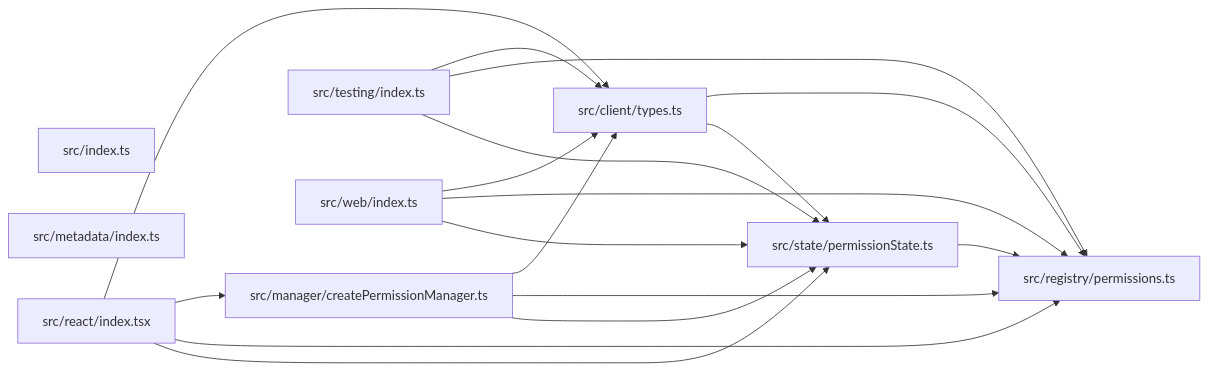
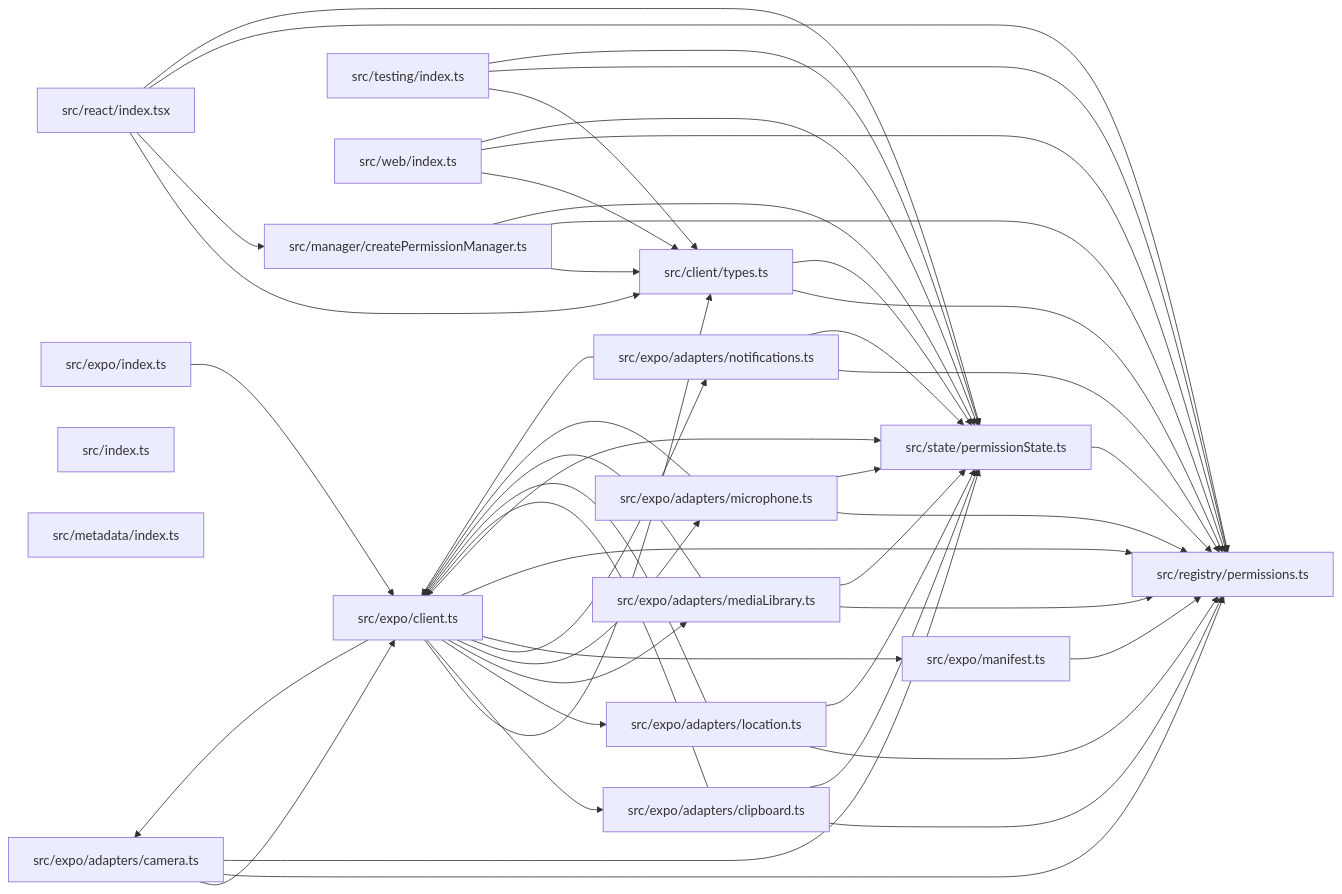
The diagram in paradox/diagrams/module-relationships.mmd (ankhorage/permissions), drawn with Mermaid before and after one commit. The commit also changed 8 other files, not shown here.

```diff
--- a/paradox/diagrams/module-relationships.mmd
+++ b/paradox/diagrams/module-relationships.mmd
@@ -1,26 +1,65 @@
 graph LR
   module_src_client_types_ts["src/client/types.ts"]
+  module_src_expo_adapters_camera_ts["src/expo/adapters/camera.ts"]
+  module_src_expo_adapters_clipboard_ts["src/expo/adapters/clipboard.ts"]
+  module_src_expo_adapters_location_ts["src/expo/adapters/location.ts"]
+  module_src_expo_adapters_mediaLibrary_ts["src/expo/adapters/mediaLibrary.ts"]
+  module_src_expo_adapters_microphone_ts["src/expo/adapters/microphone.ts"]
+  module_src_expo_adapters_notifications_ts["src/expo/adapters/notifications.ts"]
+  module_src_expo_client_ts["src/expo/client.ts"]
+  module_src_expo_index_ts["src/expo/index.ts"]
+  module_src_expo_manifest_ts["src/expo/manifest.ts"]
   module_src_index_ts["src/index.ts"]
   module_src_manager_createPermissionManager_ts["src/manager/createPermissionManager.ts"]
   module_src_metadata_index_ts["src/metadata/index.ts"]
   module_src_react_index_tsx["src/react/index.tsx"]
   module_src_registry_permissions_ts["src/registry/permissions.ts"]
   module_src_state_permissionState_ts["src/state/permissionState.ts"]
   module_src_testing_index_ts["src/testing/index.ts"]
   module_src_web_index_ts["src/web/index.ts"]
   module_src_client_types_ts --> module_src_registry_permissions_ts
   module_src_client_types_ts --> module_src_state_permissionState_ts
+  module_src_expo_adapters_camera_ts --> module_src_expo_client_ts
+  module_src_expo_adapters_camera_ts --> module_src_registry_permissions_ts
+  module_src_expo_adapters_camera_ts --> module_src_state_permissionState_ts
+  module_src_expo_adapters_clipboard_ts --> module_src_expo_client_ts
+  module_src_expo_adapters_clipboard_ts --> module_src_registry_permissions_ts
+  module_src_expo_adapters_clipboard_ts --> module_src_state_permissionState_ts
+  module_src_expo_adapters_location_ts --> module_src_expo_client_ts
+  module_src_expo_adapters_location_ts --> module_src_registry_permissions_ts
+  module_src_expo_adapters_location_ts --> module_src_state_permissionState_ts
+  module_src_expo_adapters_mediaLibrary_ts --> module_src_expo_client_ts
+  module_src_expo_adapters_mediaLibrary_ts --> module_src_registry_permissions_ts
+  module_src_expo_adapters_mediaLibrary_ts --> module_src_state_permissionState_ts
+  module_src_expo_adapters_microphone_ts --> module_src_expo_client_ts
+  module_src_expo_adapters_microphone_ts --> module_src_registry_permissions_ts
+  module_src_expo_adapters_microphone_ts --> module_src_state_permissionState_ts
+  module_src_expo_adapters_notifications_ts --> module_src_expo_client_ts
+  module_src_expo_adapters_notifications_ts --> module_src_registry_permissions_ts
+  module_src_expo_adapters_notifications_ts --> module_src_state_permissionState_ts
+  module_src_expo_client_ts --> module_src_client_types_ts
+  module_src_expo_client_ts --> module_src_expo_adapters_camera_ts
+  module_src_expo_client_ts --> module_src_expo_adapters_clipboard_ts
+  module_src_expo_client_ts --> module_src_expo_adapters_location_ts
+  module_src_expo_client_ts --> module_src_expo_adapters_mediaLibrary_ts
+  module_src_expo_client_ts --> module_src_expo_adapters_microphone_ts
+  module_src_expo_client_ts --> module_src_expo_adapters_notifications_ts
+  module_src_expo_client_ts --> module_src_expo_manifest_ts
+  module_src_expo_client_ts --> module_src_registry_permissions_ts
+  module_src_expo_client_ts --> module_src_state_permissionState_ts
+  module_src_expo_index_ts --> module_src_expo_client_ts
+  module_src_expo_manifest_ts --> module_src_registry_permissions_ts
   module_src_manager_createPermissionManager_ts --> module_src_client_types_ts
   module_src_manager_createPermissionManager_ts --> module_src_registry_permissions_ts
   module_src_manager_createPermissionManager_ts --> module_src_state_permissionState_ts
   module_src_react_index_tsx --> module_src_client_types_ts
   module_src_react_index_tsx --> module_src_manager_createPermissionManager_ts
   module_src_react_index_tsx --> module_src_registry_permissions_ts
   module_src_react_index_tsx --> module_src_state_permissionState_ts
   module_src_state_permissionState_ts --> module_src_registry_permissions_ts
   module_src_testing_index_ts --> module_src_client_types_ts
   module_src_testing_index_ts --> module_src_registry_permissions_ts
   module_src_testing_index_ts --> module_src_state_permissionState_ts
   module_src_web_index_ts --> module_src_client_types_ts
   module_src_web_index_ts --> module_src_registry_permissions_ts
   module_src_web_index_ts --> module_src_state_permissionState_ts
```
